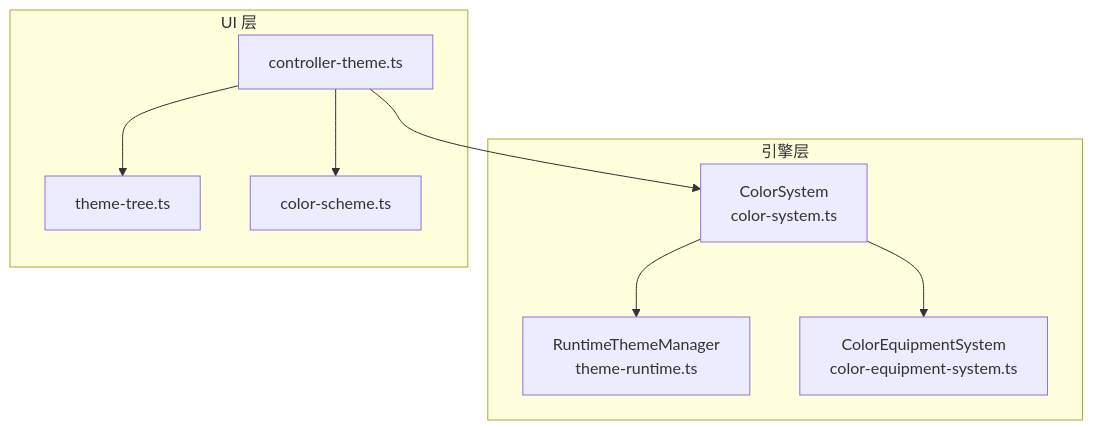
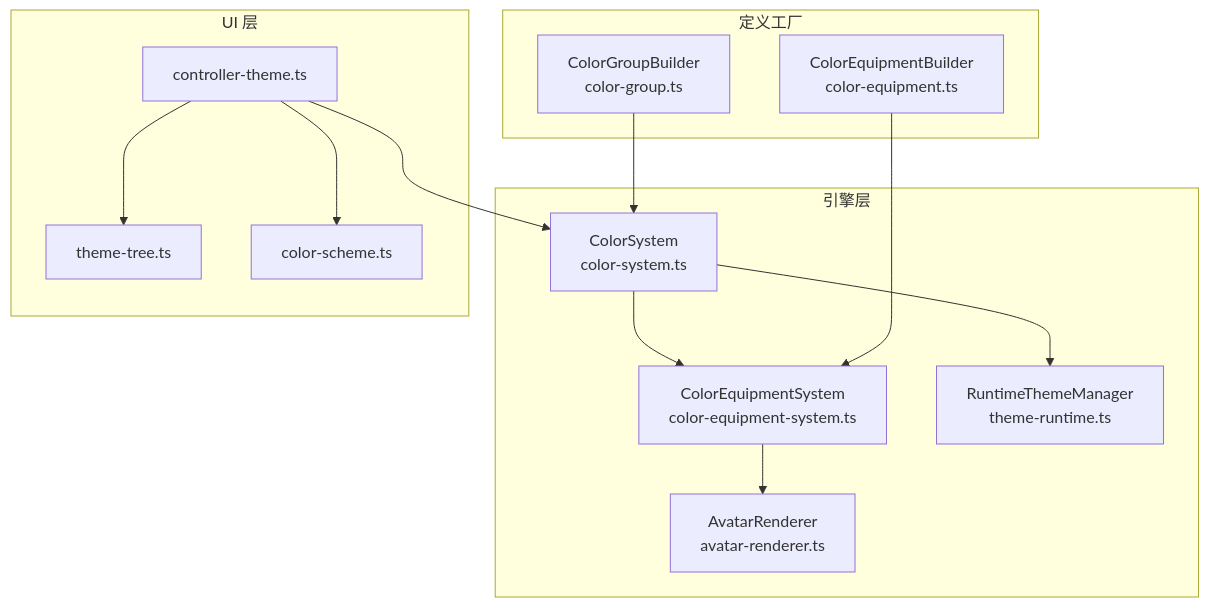
Before and after one commit to EsiLA9/Arona-Clicker: the first of 6 diagrams in .qoder/repowiki/zh/content/用户界面/主题系统/颜色方案系统.md, drawn with Mermaid. The commit also changed other lines of this file and 76 other files, not shown here.

````diff
--- a/.qoder/repowiki/zh/content/用户界面/主题系统/颜色方案系统.md
+++ b/.qoder/repowiki/zh/content/用户界面/主题系统/颜色方案系统.md
@@ -43,18 +56,26 @@
 ```mermaid
 graph TB
 subgraph "引擎层"
 CS["ColorSystem<br/>color-system.ts"]
+CES["ColorEquipmentSystem<br/>color-equipment-system.ts"]
+AR["AvatarRenderer<br/>avatar-renderer.ts"]
 RTM["RuntimeThemeManager<br/>theme-runtime.ts"]
-CES["ColorEquipmentSystem<br/>color-equipment-system.ts"]
+end
+subgraph "定义工厂"
+CGB["ColorGroupBuilder<br/>color-group.ts"]
+CEB["ColorEquipmentBuilder<br/>color-equipment.ts"]
 end
 subgraph "UI 层"
 CT["controller-theme.ts"]
 TT["theme-tree.ts"]
 CSSC["color-scheme.ts"]
 end
 CS --> RTM
 CS --> CES
+CES --> AR
+CGB --> CS
+CEB --> CES
 CT --> CS
 CT --> TT
 CT --> CSSC
 ```
````
